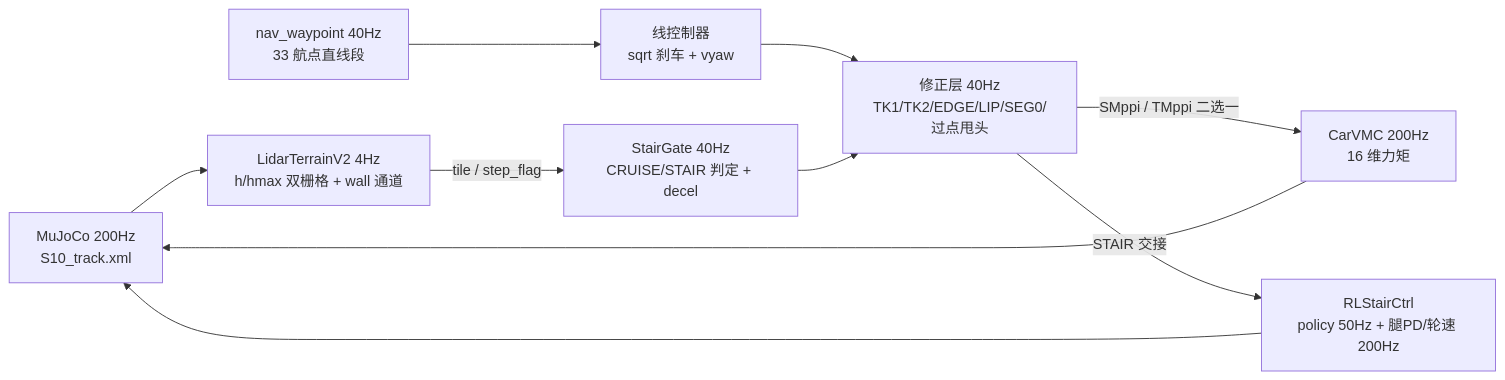
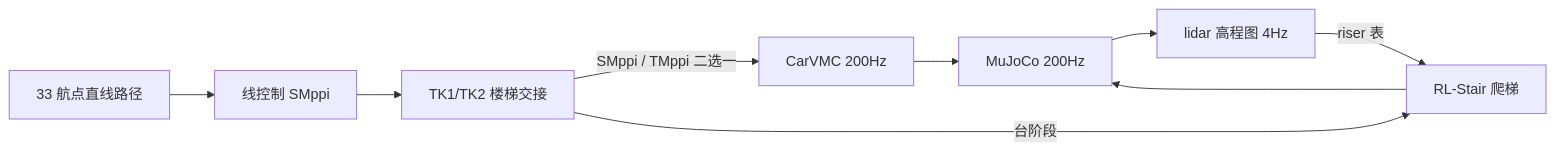
One commit to wangfanxin/deeprobot_competition changed the diagram in README.md. Above: the diagram before and after it, drawn with Mermaid. The commit also changed other lines of this file and 4 other files, not shown here.

Commit message:
文档口径定稿：总体方案/README 按 SMppi/TMppi/TK1/TK2/RL-Stair 统一口径定稿，移除调试与门控细节、去除下一步表述；旧方案文档改重定向；调试日志移除

````diff
--- a/README.md
+++ b/README.md
@@ -34,12 +35,11 @@
 ```mermaid
 graph LR
-    M["MuJoCo 200Hz<br/>S10_track.xml"] --> P["LidarTerrainV2 4Hz<br/>h/hmax 双栅格 + wall 通道"]
-    P -->|"tile / step_flag"| S["StairGate 40Hz<br/>CRUISE/STAIR 判定 + decel"]
-    N["nav_waypoint 40Hz<br/>33 航点直线段"] --> L["线控制器<br/>sqrt 刹车 + vyaw"]
-    L --> K["修正层 40Hz<br/>TK1/TK2/EDGE/LIP/SEG0/过点甩头"]
-    S --> K
-    K -->|"SMppi / TMppi 二选一"| C["CarVMC 200Hz<br/>16 维力矩"]
-    K -->|"STAIR 交接"| R["RLStairCtrl<br/>policy 50Hz + 腿PD/轮速 200Hz"]
+    M[MuJoCo 200Hz] --> P[lidar 高程图 4Hz]
+    P -->|riser 表| R[RL-Stair 爬梯]
+    N[33 航点直线路径] --> L[线控制 SMppi]
+    L --> K[TK1/TK2 楼梯交接]
+    K -->|SMppi / TMppi 二选一| C[CarVMC 200Hz]
+    K -->|台阶段| R
     C --> M
     R --> M
 ```
````
